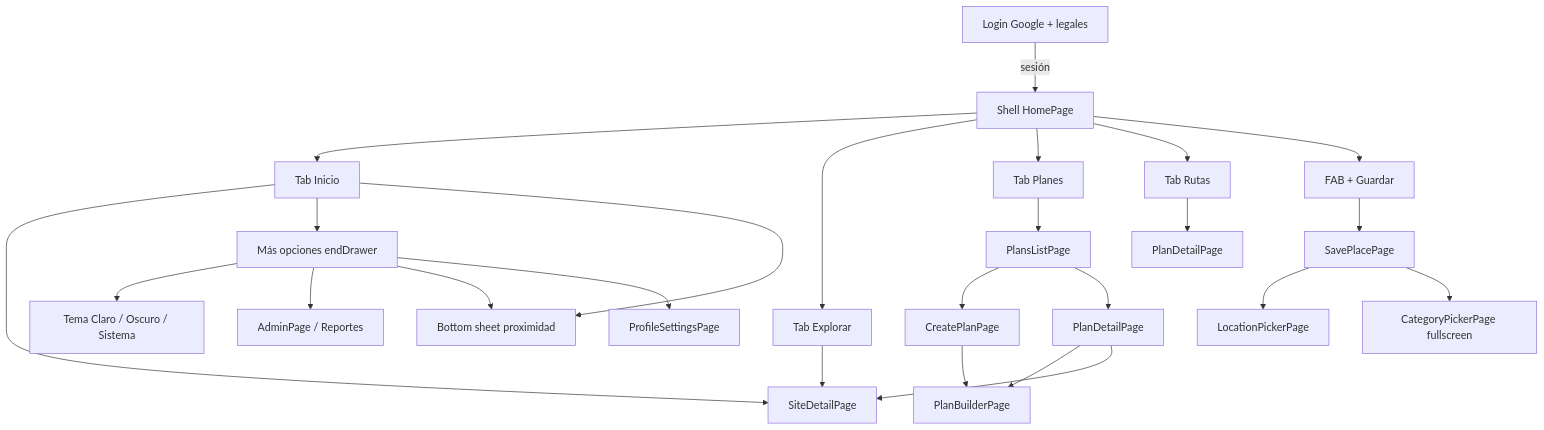
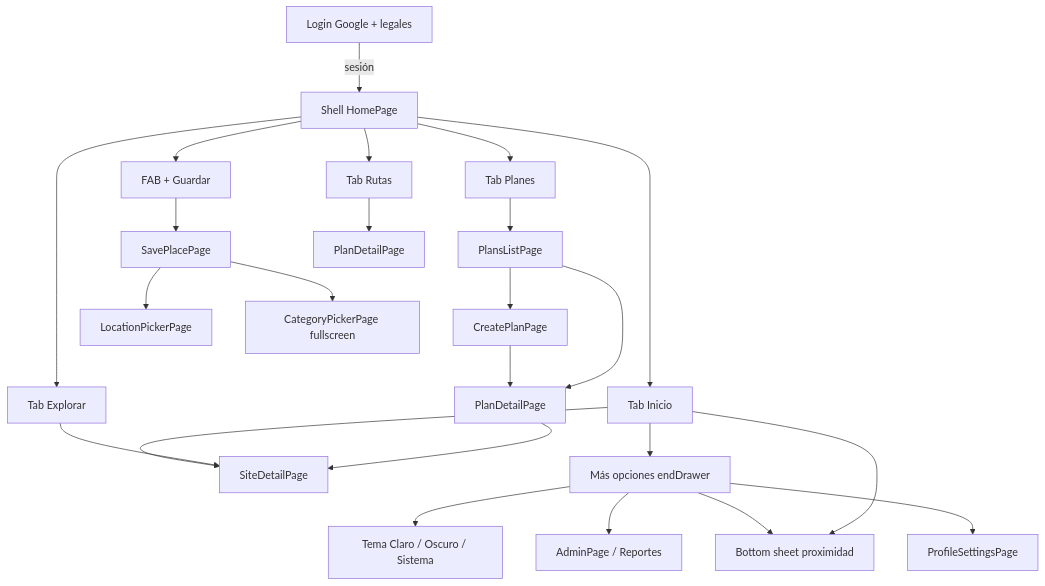
The diagram in docs/ui-navegacion.md (johntibagan/chevere_plan), drawn with Mermaid before and after one commit. The commit also changed other lines of this file and 27 other files, not shown here.

````diff
--- a/docs/ui-navegacion.md
+++ b/docs/ui-navegacion.md
@@ -42,29 +42,28 @@
 ```mermaid
 flowchart TB
   Login[Login Google + legales]
   Shell[Shell HomePage]
   Login -->|sesión| Shell
   Shell --> T0[Tab Inicio]
   Shell --> T1[Tab Explorar]
   Shell --> T2[Tab Planes]
   Shell --> T3[Tab Rutas]
   Shell --> FAB[FAB + Guardar]
   FAB --> Save[SavePlacePage]
   T0 --> Ficha[SiteDetailPage]
   T1 --> Ficha
   T2 --> PlanList[PlansListPage]
   PlanList --> Create[CreatePlanPage]
-  Create --> Builder[PlanBuilderPage]
+  Create --> Detail
   PlanList --> Detail[PlanDetailPage]
-  Detail --> Builder
   Detail --> Ficha
   T3 --> PlanDetailFromRoute[PlanDetailPage]
   T0 --> Menu[Más opciones endDrawer]
   Menu --> ThemePicker[Tema Claro / Oscuro / Sistema]
   Menu --> Admin[AdminPage / Reportes]
   Menu --> Prox[Bottom sheet proximidad]
   Menu --> Profile[ProfileSettingsPage]
   T0 --> Prox
   Save --> Map[LocationPickerPage]
   Save --> Cats[CategoryPickerPage fullscreen]
 ```
````
